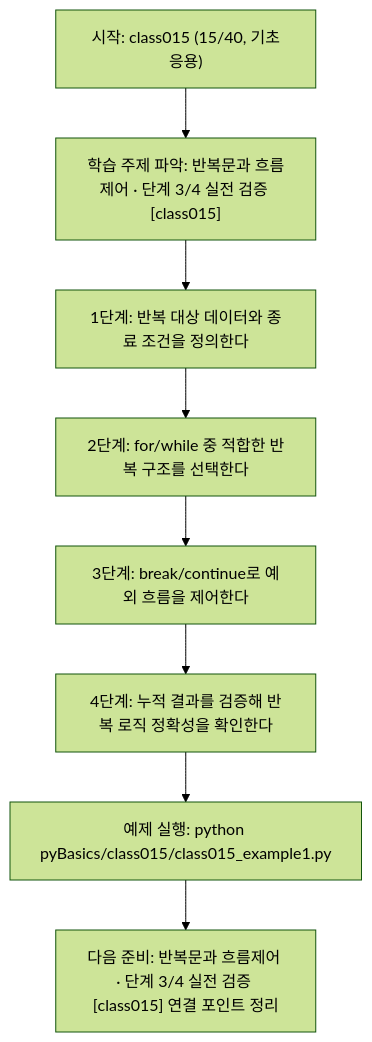
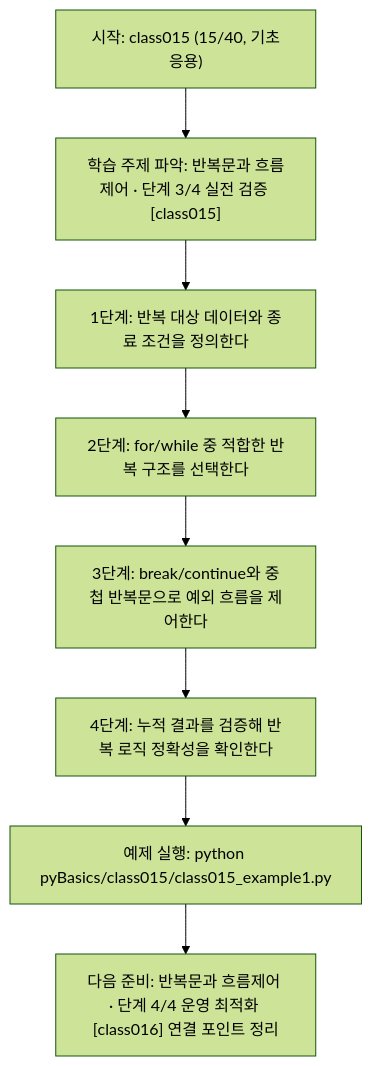
Before and after one commit to edumgt/Python-AI_Agent-Class: the diagram in pyBasics/class015/class015.md, drawn with Mermaid (forest theme). The commit also changed other lines of this file and 2370 other files, not shown here.

````diff
--- a/pyBasics/class015/class015.md
+++ b/pyBasics/class015/class015.md
@@ -109,18 +91,18 @@
 ```mermaid
 flowchart TD
 N1["시작: class015 (15/40, 기초응용)"]
 N2["학습 주제 파악: 반복문과 흐름제어 · 단계 3/4 실전 검증 [class015]"]
 N3["1단계: 반복 대상 데이터와 종료 조건을 정의한다"]
 N4["2단계: for/while 중 적합한 반복 구조를 선택한다"]
-N5["3단계: break/continue로 예외 흐름을 제어한다"]
+N5["3단계: break/continue와 중첩 반복문으로 예외 흐름을 제어한다"]
 N6["4단계: 누적 결과를 검증해 반복 로직 정확성을 확인한다"]
 N7["예제 실행: python pyBasics/class015/class015_example1.py"]
-N8["다음 준비: 반복문과 흐름제어 · 단계 3/4 실전 검증 [class015] 연결 포인트 정리"]
+N8["다음 준비: 반복문과 흐름제어 · 단계 4/4 운영 최적화 [class016] 연결 포인트 정리"]
 N1 --> N2
 N2 --> N3
 N3 --> N4
 N4 --> N5
 N5 --> N6
 N6 --> N7
 N7 --> N8
 ```
````
